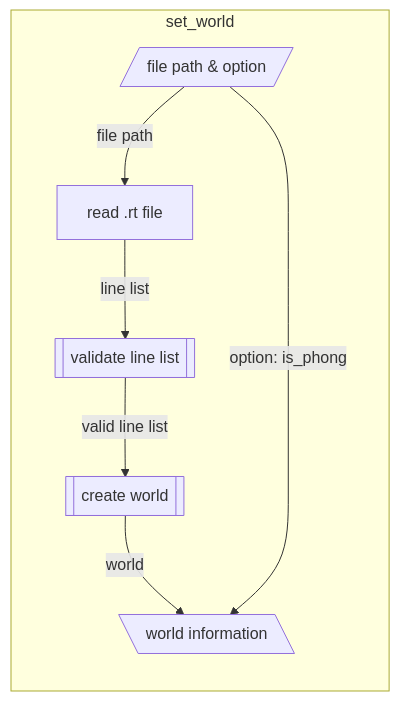
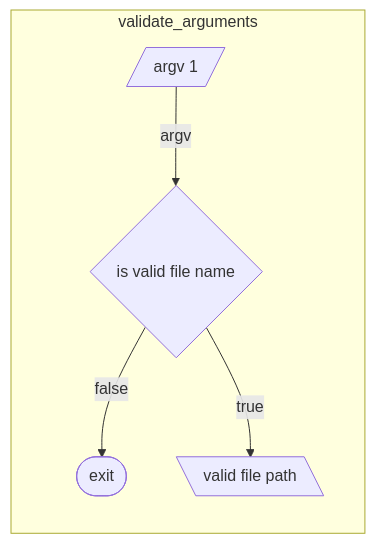
The third of 4 diagrams in docs/SequenceDiagrams.md (ikawamuk/weekends_c), drawn with Mermaid before and after one commit. The commit also changed other lines of this file, not shown here.

Commit message:
update mermaid

````diff
--- a/docs/SequenceDiagrams.md
+++ b/docs/SequenceDiagrams.md
@@ -30,11 +32,9 @@
 ```mermaid
 flowchart
-	subgraph set_world
+	subgraph validate_arguments
 		direction TB
-		input[/file path & option/]-->|file path|sw2
-		sw2[read .rt file]-->|line list|sw3[[validate line list]]
-		sw3-->|valid line list|sw4[[create world]]
-		sw4-->|world|output[\world information\]
-		input-->|option: is_phong|output
+		input[/argv 1/]-->|argv|if1{is valid file name}
+		if1-->|false|error([exit])
+		if1-->|true|output[\valid file path\]
 	end
 ```
````
